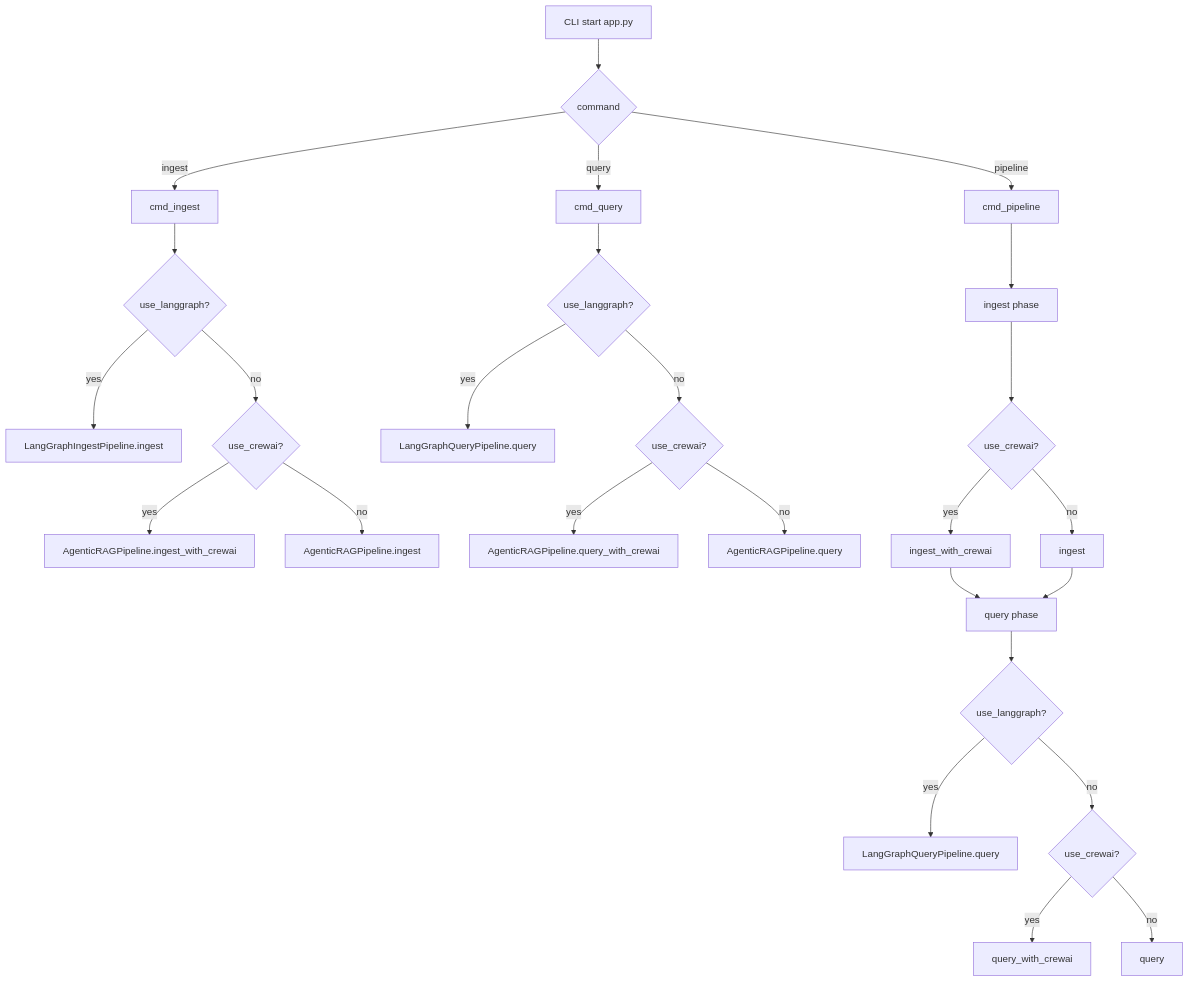
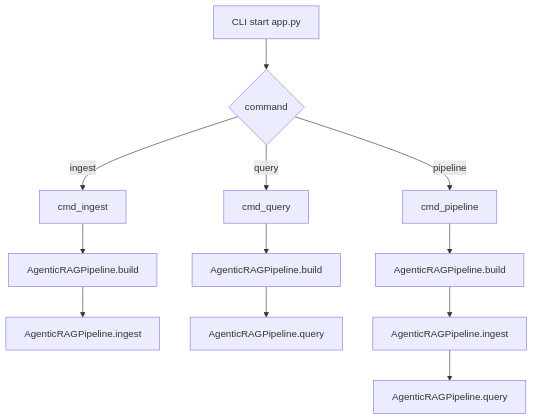
Before and after one commit to Mr-Kondo/agentic_rag_for_multi_model_pdf_extraction: the first of 4 diagrams in docs/FLOW.md, drawn with Mermaid. The commit also changed other lines of this file and 36 other files, not shown here.

````diff
--- a/docs/FLOW.md
+++ b/docs/FLOW.md
@@ -9,31 +9,17 @@
 ```mermaid
 flowchart TD
   A[CLI start app.py] --> B{command}
   B -->|ingest| C[cmd_ingest]
   B -->|query| D[cmd_query]
   B -->|pipeline| E[cmd_pipeline]
 
-  C --> C1{use_langgraph?}
-  C1 -->|yes| C2[LangGraphIngestPipeline.ingest]
-  C1 -->|no| C3{use_crewai?}
-  C3 -->|yes| C4[AgenticRAGPipeline.ingest_with_crewai]
-  C3 -->|no| C5[AgenticRAGPipeline.ingest]
+  C --> F[AgenticRAGPipeline.build]
+  F --> G[AgenticRAGPipeline.ingest]
 
-  D --> D1{use_langgraph?}
-  D1 -->|yes| D2[LangGraphQueryPipeline.query]
-  D1 -->|no| D3{use_crewai?}
-  D3 -->|yes| D4[AgenticRAGPipeline.query_with_crewai]
-  D3 -->|no| D5[AgenticRAGPipeline.query]
+  D --> H[AgenticRAGPipeline.build]
+  H --> I[AgenticRAGPipeline.query]
 
-  E --> E1[ingest phase]
-  E1 --> E2{use_crewai?}
-  E2 -->|yes| E3[ingest_with_crewai]
-  E2 -->|no| E4[ingest]
-  E3 --> E5[query phase]
-  E4 --> E5
-  E5 --> E6{use_langgraph?}
-  E6 -->|yes| E7[LangGraphQueryPipeline.query]
-  E6 -->|no| E8{use_crewai?}
-  E8 -->|yes| E9[query_with_crewai]
-  E8 -->|no| E10[query]
+  E --> J[AgenticRAGPipeline.build]
+  J --> K[AgenticRAGPipeline.ingest]
+  K --> L[AgenticRAGPipeline.query]
 ```
````
